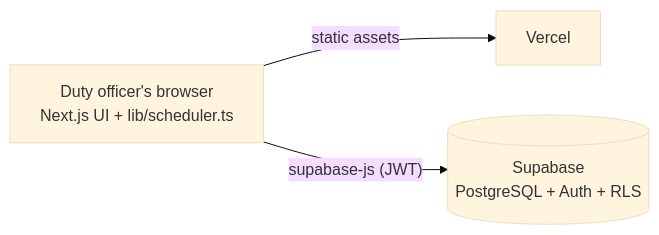
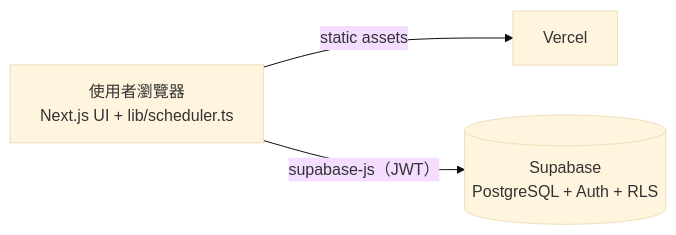
One commit to Ping-Hsun-Chiang/ROCAF-roster changed the diagram in README.md. Above: the diagram before and after it, drawn with Mermaid (base theme). The commit also changed other lines of this file and 6 other files, not shown here.

````diff
--- a/README.md
+++ b/README.md
@@ -103,5 +112,5 @@
 ```mermaid
 flowchart LR
-  U["Duty officer's browser<br/>Next.js UI + lib/scheduler.ts"] -->|static assets| V[Vercel]
-  U -->|"supabase-js (JWT)"| S[("Supabase<br/>PostgreSQL + Auth + RLS")]
+  U["使用者瀏覽器<br/>Next.js UI + lib/scheduler.ts"] -->|static assets| V[Vercel]
+  U -->|"supabase-js（JWT）"| S[("Supabase<br/>PostgreSQL + Auth + RLS")]
 ```
````
